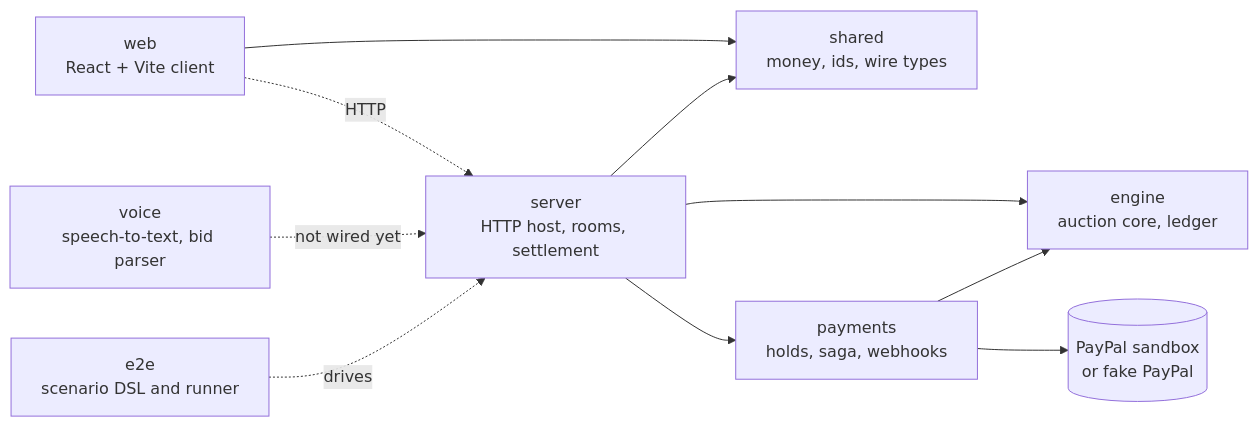
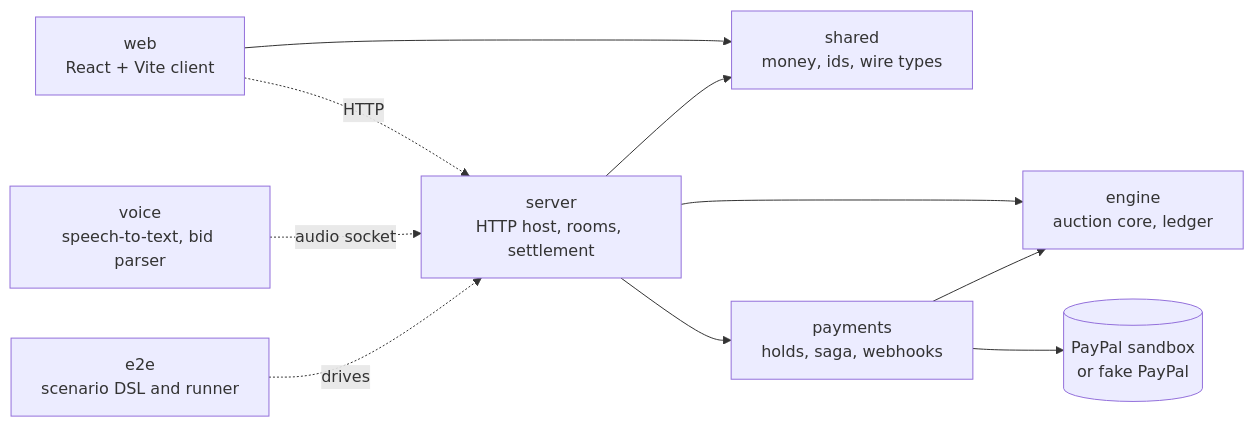
Before and after one commit to harshbhx/gavel-auction: the third of 3 diagrams in README.md, drawn with Mermaid. The commit also changed other lines of this file and 4 other files, not shown here.

````diff
--- a/README.md
+++ b/README.md
@@ -189,12 +191,12 @@
 ```mermaid
 flowchart LR
   web["web<br/>React + Vite client"] -. HTTP .-> server["server<br/>HTTP host, rooms, settlement"]
   web --> shared["shared<br/>money, ids, wire types"]
   server --> shared
   server --> engine["engine<br/>auction core, ledger"]
   server --> payments["payments<br/>holds, saga, webhooks"]
   payments --> engine
   payments --> paypal[("PayPal sandbox<br/>or fake PayPal")]
-  voice["voice<br/>speech-to-text, bid parser"] -. not wired yet .-> server
+  voice["voice<br/>speech-to-text, bid parser"] -. audio socket .-> server
   e2e["e2e<br/>scenario DSL and runner"] -. drives .-> server
 ```
````
